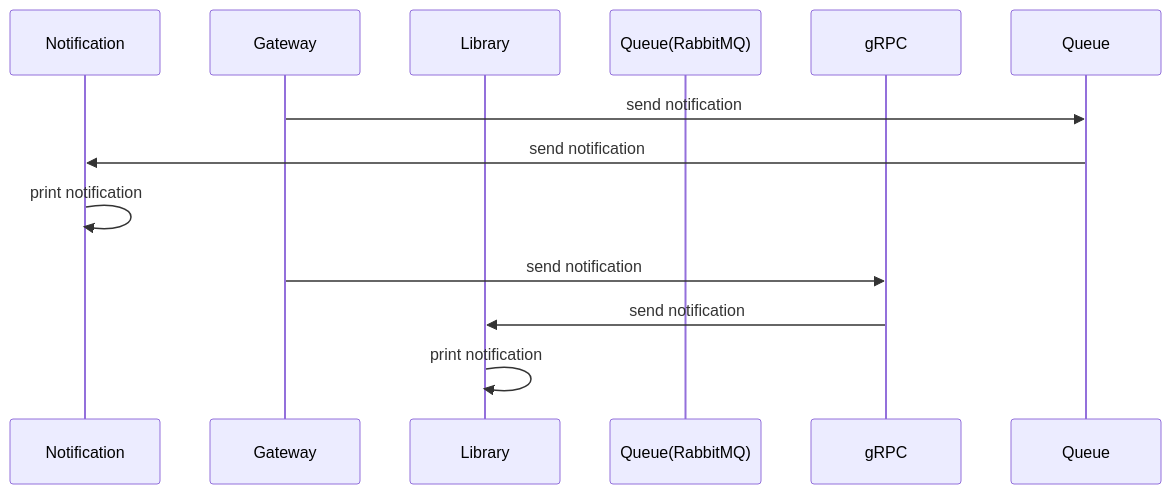
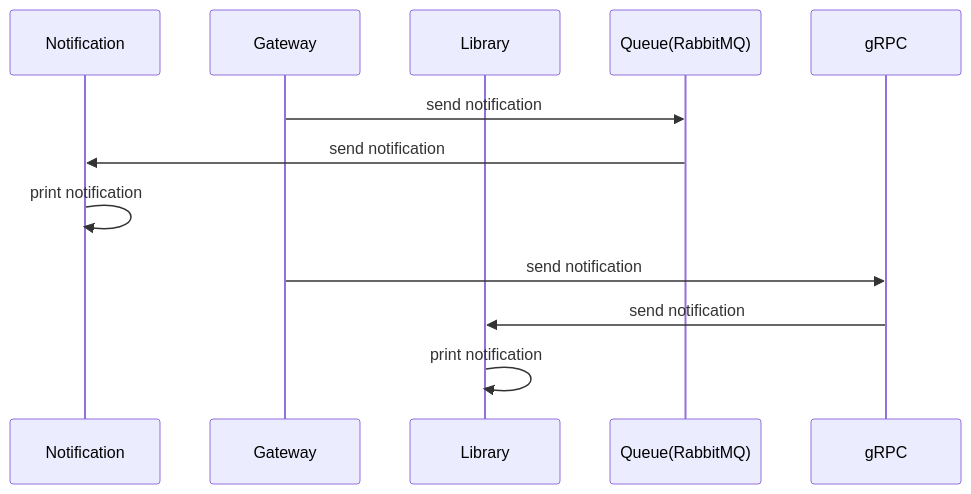
The diagram in docs/notification.md (crawler1981/Notification-System), drawn with Mermaid before and after one commit.

Commit message:
fix(docs): resolve broken flowchart rendering in markdown

````diff
--- a/docs/notification.md
+++ b/docs/notification.md
@@ -1,16 +1,16 @@
 ```mermaid
 sequenceDiagram
     participant Notification
     participant Gateway
     participant Library
-    participant Queue(RabbitMQ) 
+    participant Queue as Queue(RabbitMQ)
     participant gRPC
-
+    
     Gateway ->> Queue : send notification
     Queue ->> Notification : send notification
     Notification ->> Notification : print notification
     
     Gateway ->> gRPC : send notification
     gRPC ->> Library : send notification
     Library ->> Library : print notification
 ```
````
